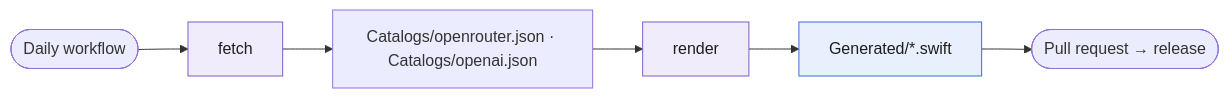
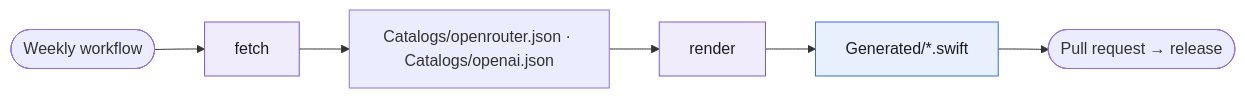
The sixth of 6 diagrams in ARCHITECTURE.md (ironsparrows/swift-language-models), drawn with Mermaid before and after one commit. The commit also changed other lines of this file and 1 other file, not shown here.

Commit message:
ci: run the model catalog update every Sunday (#64)
## What changed and why

The model catalog workflow now runs once a week, on Sundays at 09:30
Europe/Athens time, instead of every day. It can
still be run by hand.

- `model-catalog.yml`: the cron `30 9 * * *` becomes `30 9 * * 0`. The
`Europe/Athens` timezone stays.
- `ARCHITECTURE.md`: the catalog section's diagram and text say the
workflow runs every Sunday.

What follows from it:

- A model, word or effort that a source stops listing gets the day of
the run that first sees it gone as its removal
day, so that day can be up to six days after the source dropped it. The
day shows in the generated deprecation
  message, such as "Removed from OpenRouter on 2026-11-11".
- Catalog patch releases come at most once a week, apart from runs
started by hand.

````diff
--- a/ARCHITECTURE.md
+++ b/ARCHITECTURE.md
@@ -298,11 +298,11 @@
 ```mermaid
 flowchart LR
-    schedule(["Daily workflow"]) --> fetch["fetch"]:::tool
+    schedule(["Weekly workflow"]) --> fetch["fetch"]:::tool
     fetch --> json["Catalogs/openrouter.json · Catalogs/openai.json"]
     json --> render["render"]:::tool
     render --> generated["Generated/*.swift"]:::provider
     generated --> release(["Pull request → release"])
 
     classDef tool fill:#f1ecfb,stroke:#7c5cc4,color:#1d1d1f
     classDef provider fill:#e8f0fe,stroke:#3b6fd8,color:#1d1d1f
 ```
````
